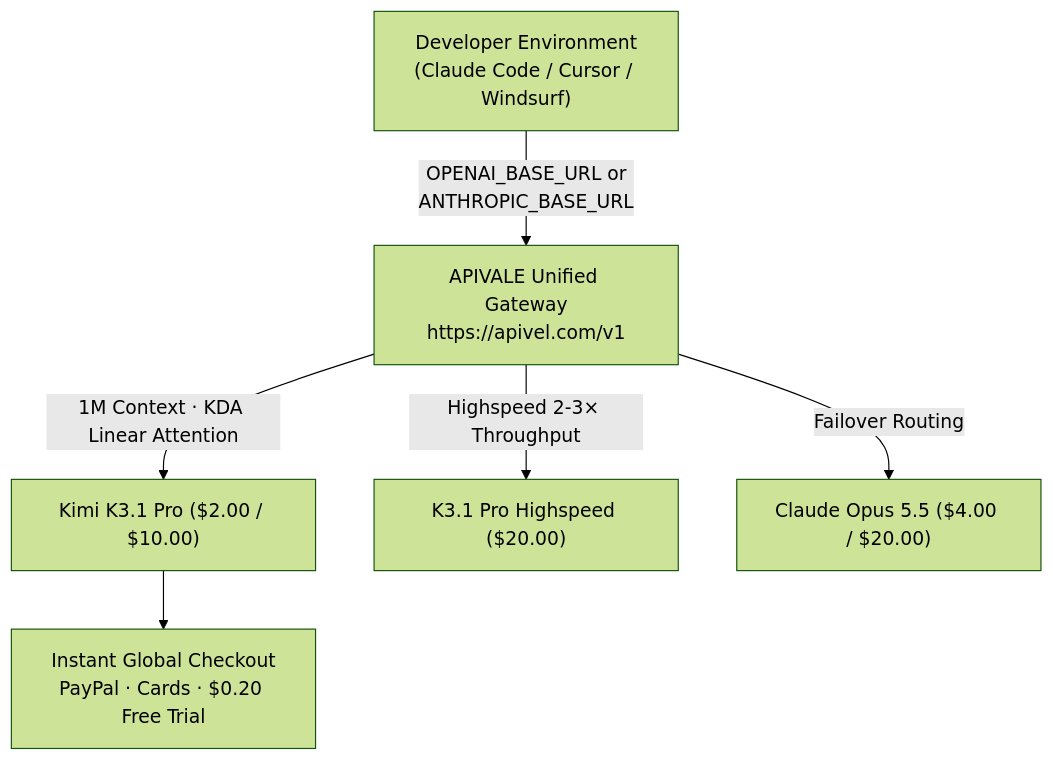
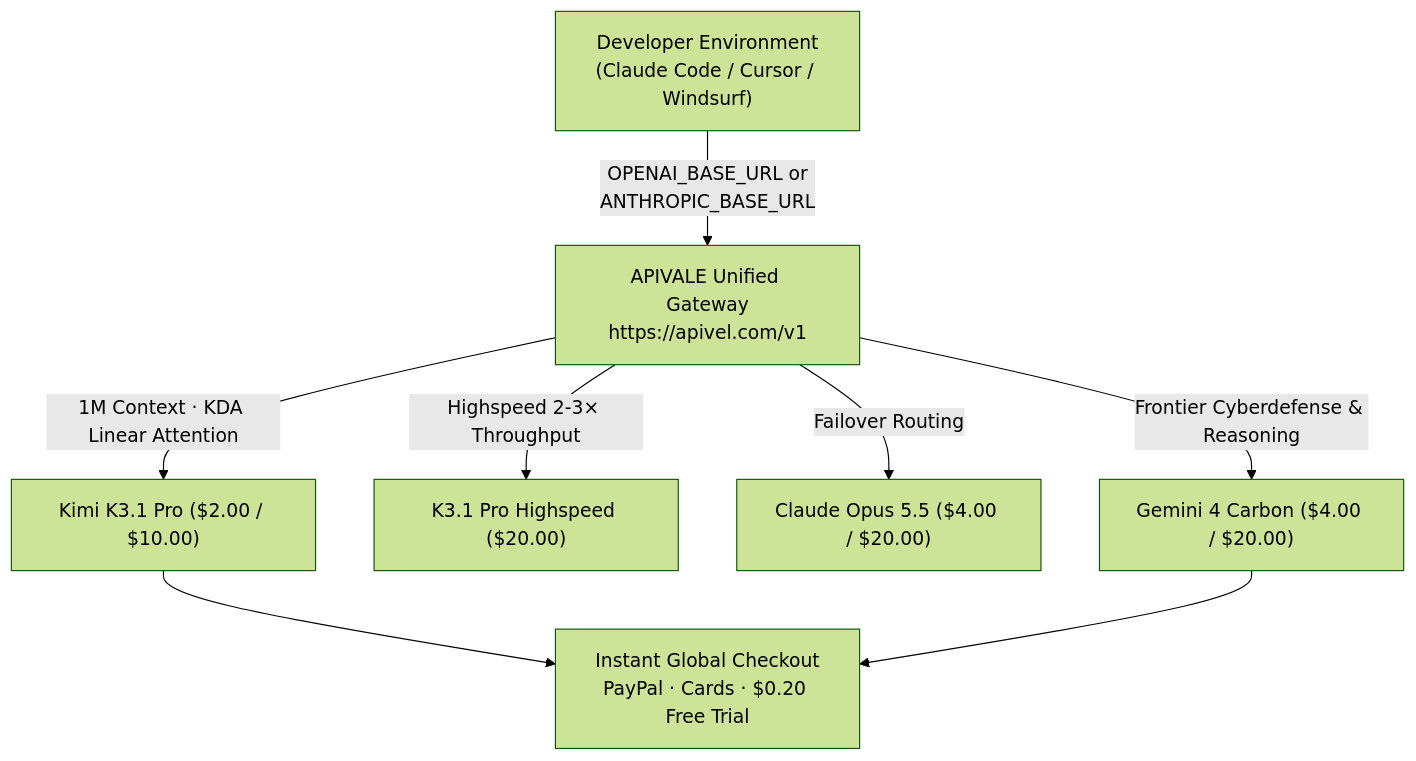
The diagram in src/content/blog/kimi-k3-1-pro-pricing-benchmarks-api-access.md (bshx2024/apivel_blog), drawn with Mermaid (forest theme) before and after one commit. The commit also changed other lines of this file and 5 other files, not shown here.

Commit message:
feat(blog): publish Gemini 4 Carbon review & mesh weaving (#10)

````diff
--- a/src/content/blog/kimi-k3-1-pro-pricing-benchmarks-api-access.md
+++ b/src/content/blog/kimi-k3-1-pro-pricing-benchmarks-api-access.md
@@ -43,8 +43,10 @@
 ```mermaid
 graph TD
     A["Developer Environment<br/>(Claude Code / Cursor / Windsurf)"] -->|"OPENAI_BASE_URL or<br/>ANTHROPIC_BASE_URL"| B["APIVALE Unified Gateway<br/>https://apivel.com/v1"]
     B -->|"1M Context · KDA Linear Attention"| C["Kimi K3.1 Pro ($2.00 / $10.00)"]
     B -->|"Highspeed 2-3× Throughput"| D["K3.1 Pro Highspeed ($20.00)"]
     B -->|"Failover Routing"| E["Claude Opus 5.5 ($4.00 / $20.00)"]
+    B -->|"Frontier Cyberdefense & Reasoning"| G["Gemini 4 Carbon ($4.00 / $20.00)"]
     C --> F["Instant Global Checkout<br/>PayPal · Cards · $0.20 Free Trial"]
+    G --> F
 ```
````
